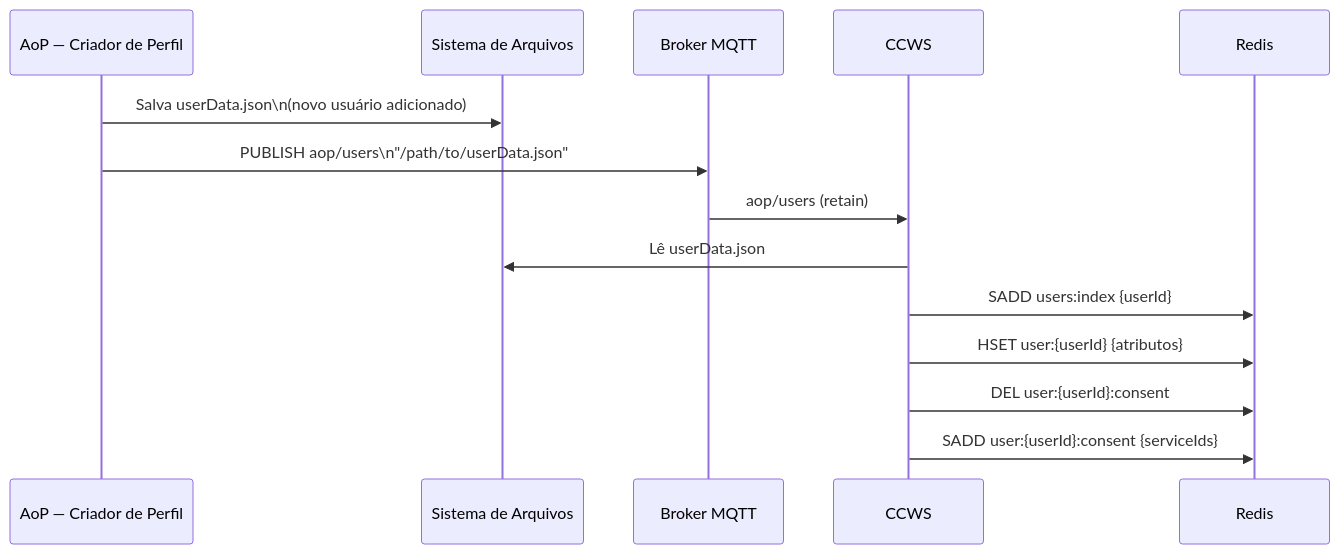
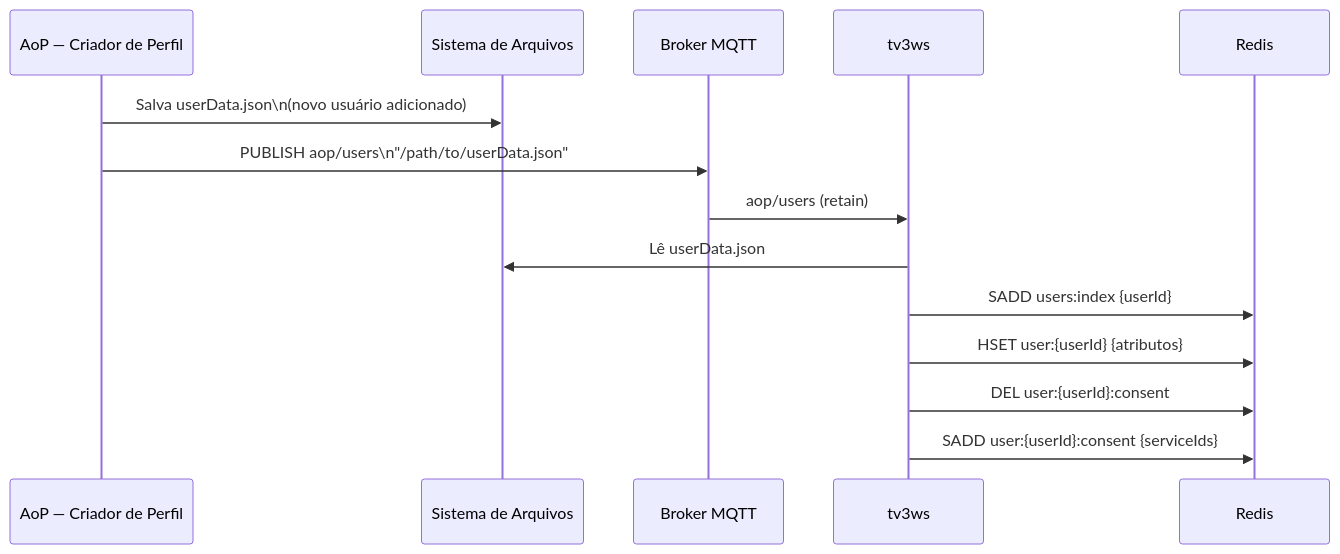
Before and after one commit to multisens/Infra: the first of 4 diagrams in docs/07-usuarios-perfis.md, drawn with Mermaid. The commit also changed other lines of this file and 32 other files, not shown here.

````diff
--- a/docs/07-usuarios-perfis.md
+++ b/docs/07-usuarios-perfis.md
@@ -110,18 +117,18 @@
 ```mermaid
 sequenceDiagram
     participant UI as AoP — Criador de Perfil
     participant FS as Sistema de Arquivos
     participant MQTT as Broker MQTT
-    participant CCWS as CCWS
+    participant TV3WS as tv3ws
     participant REDIS as Redis
 
     UI->>FS: Salva userData.json\n(novo usuário adicionado)
     UI->>MQTT: PUBLISH aop/users\n"/path/to/userData.json"
 
-    MQTT->>CCWS: aop/users (retain)
-    CCWS->>FS: Lê userData.json
-    CCWS->>REDIS: SADD users:index {userId}
-    CCWS->>REDIS: HSET user:{userId} {atributos}
-    CCWS->>REDIS: DEL user:{userId}:consent
-    CCWS->>REDIS: SADD user:{userId}:consent {serviceIds}
+    MQTT->>TV3WS: aop/users (retain)
+    TV3WS->>FS: Lê userData.json
+    TV3WS->>REDIS: SADD users:index {userId}
+    TV3WS->>REDIS: HSET user:{userId} {atributos}
+    TV3WS->>REDIS: DEL user:{userId}:consent
+    TV3WS->>REDIS: SADD user:{userId}:consent {serviceIds}
 ```
````
